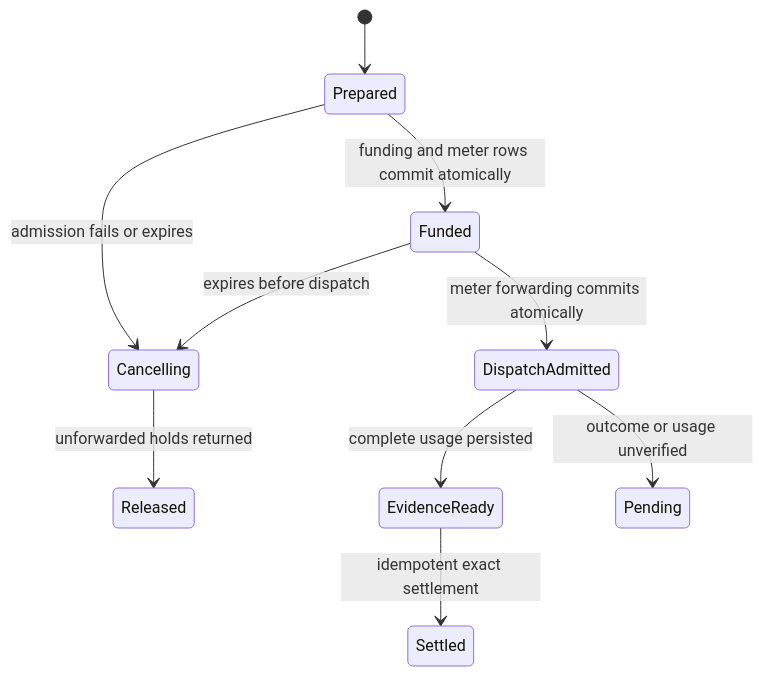
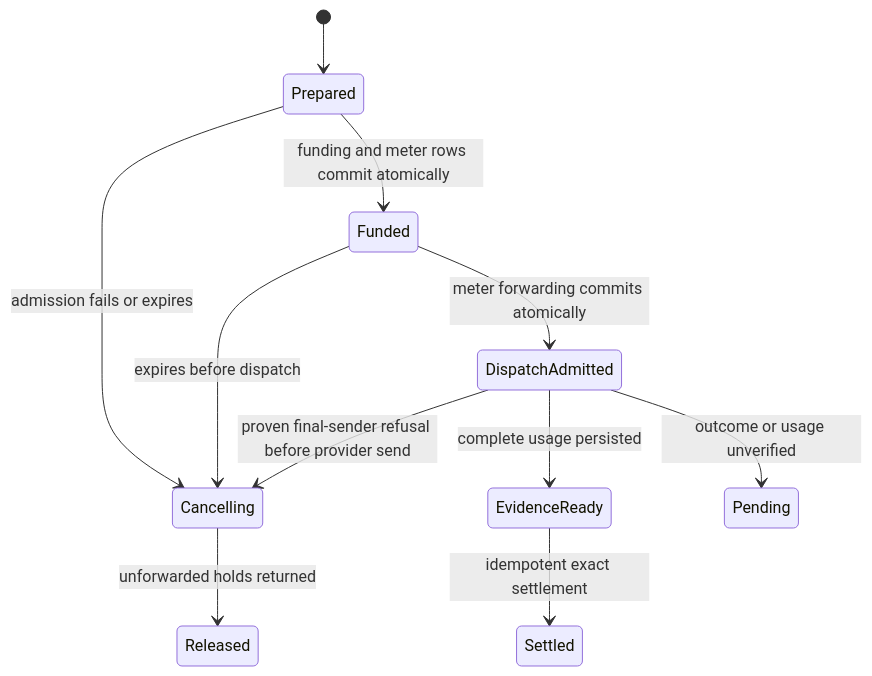
The diagram in docs/TELNYX_PLATFORM_BILLING.md (AbigailDeng/NyxID), drawn with Mermaid before and after one commit. The commit also changed other lines of this file and 104 other files, not shown here.

````diff
--- a/docs/TELNYX_PLATFORM_BILLING.md
+++ b/docs/TELNYX_PLATFORM_BILLING.md
@@ -116,12 +116,13 @@
 ```mermaid
 stateDiagram-v2
     [*] --> Prepared
     Prepared --> Funded: funding and meter rows commit atomically
     Prepared --> Cancelling: admission fails or expires
     Funded --> Cancelling: expires before dispatch
     Cancelling --> Released: unforwarded holds returned
     Funded --> DispatchAdmitted: meter forwarding commits atomically
+    DispatchAdmitted --> Cancelling: proven final-sender refusal before provider send
     DispatchAdmitted --> EvidenceReady: complete usage persisted
     DispatchAdmitted --> Pending: outcome or usage unverified
     EvidenceReady --> Settled: idempotent exact settlement
 ```
````
